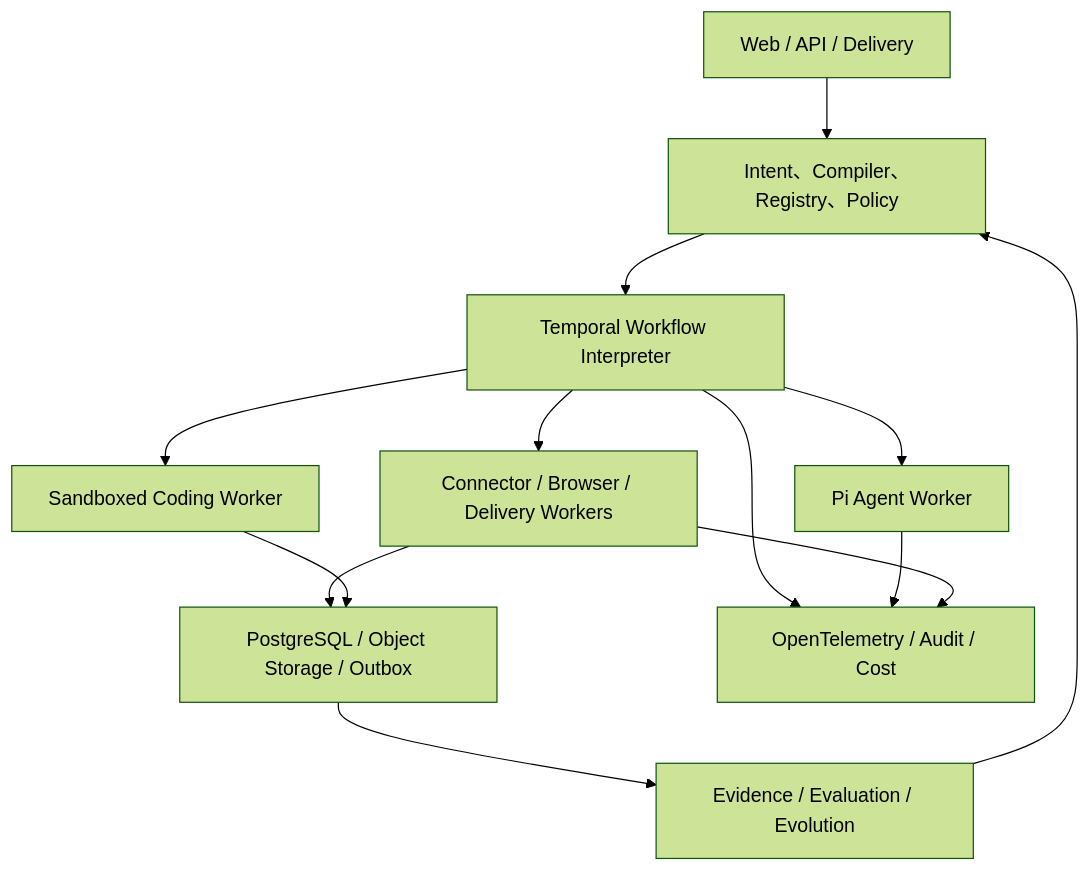
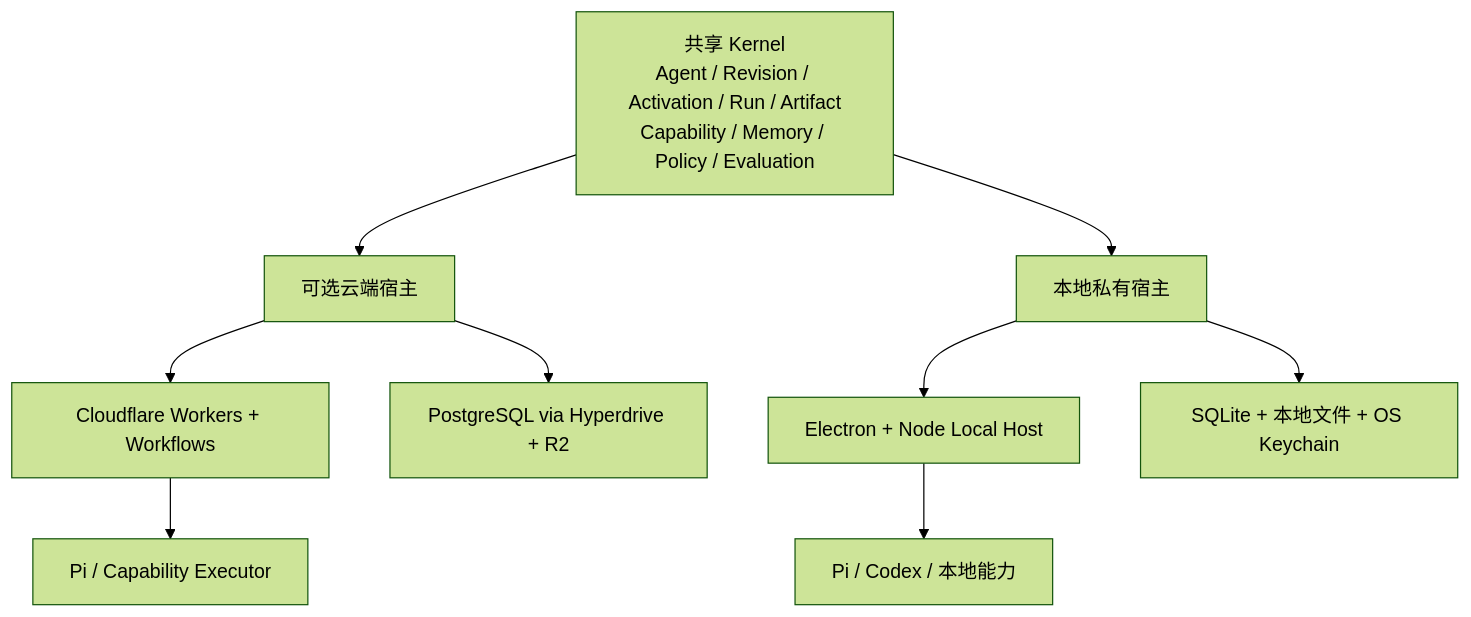
One commit to dvlin-dev/LoopEvo changed the diagram in README.zh-CN.md. Above: the diagram before and after it, drawn with Mermaid (forest theme). The commit also changed other lines of this file and 10 other files, not shown here.

````diff
--- a/README.zh-CN.md
+++ b/README.zh-CN.md
@@ -86,16 +71,12 @@
 ```mermaid
 flowchart TB
-    UX["Web / API / Delivery"] --> CTRL["Intent、Compiler、Registry、Policy"]
-    CTRL --> TEMP["Temporal Workflow Interpreter"]
-    TEMP --> PI["Pi Agent Worker"]
-    TEMP --> CAP["Connector / Browser / Delivery Workers"]
-    TEMP --> CODE["Sandboxed Coding Worker"]
-    DATA["PostgreSQL / Object Storage / Outbox"]
-    CAP --> DATA
-    CODE --> DATA
-    DATA --> EVAL["Evidence / Evaluation / Evolution"]
-    EVAL --> CTRL
-    TEMP --> OBS["OpenTelemetry / Audit / Cost"]
-    PI --> OBS
-    CAP --> OBS
+    K["共享 Kernel<br/>Agent / Revision / Activation / Run / Artifact<br/>Capability / Memory / Policy / Evaluation"]
+    K --> C["可选云端宿主"]
+    K --> L["本地私有宿主"]
+    C --> CF["Cloudflare Workers + Workflows"]
+    C --> PG["PostgreSQL via Hyperdrive + R2"]
+    L --> E["Electron + Node Local Host"]
+    L --> S["SQLite + 本地文件 + OS Keychain"]
+    CF --> P["Pi / Capability Executor"]
+    E --> A["Pi / Codex / 本地能力"]
 ```
````
